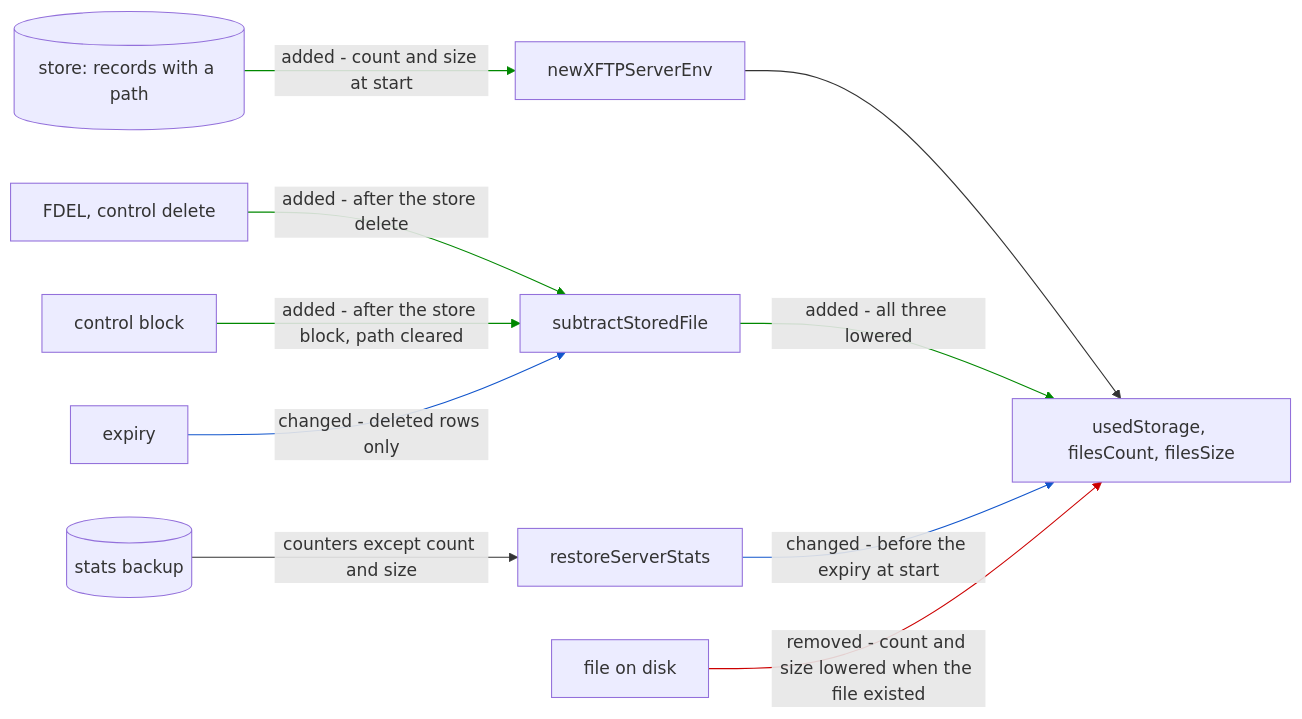
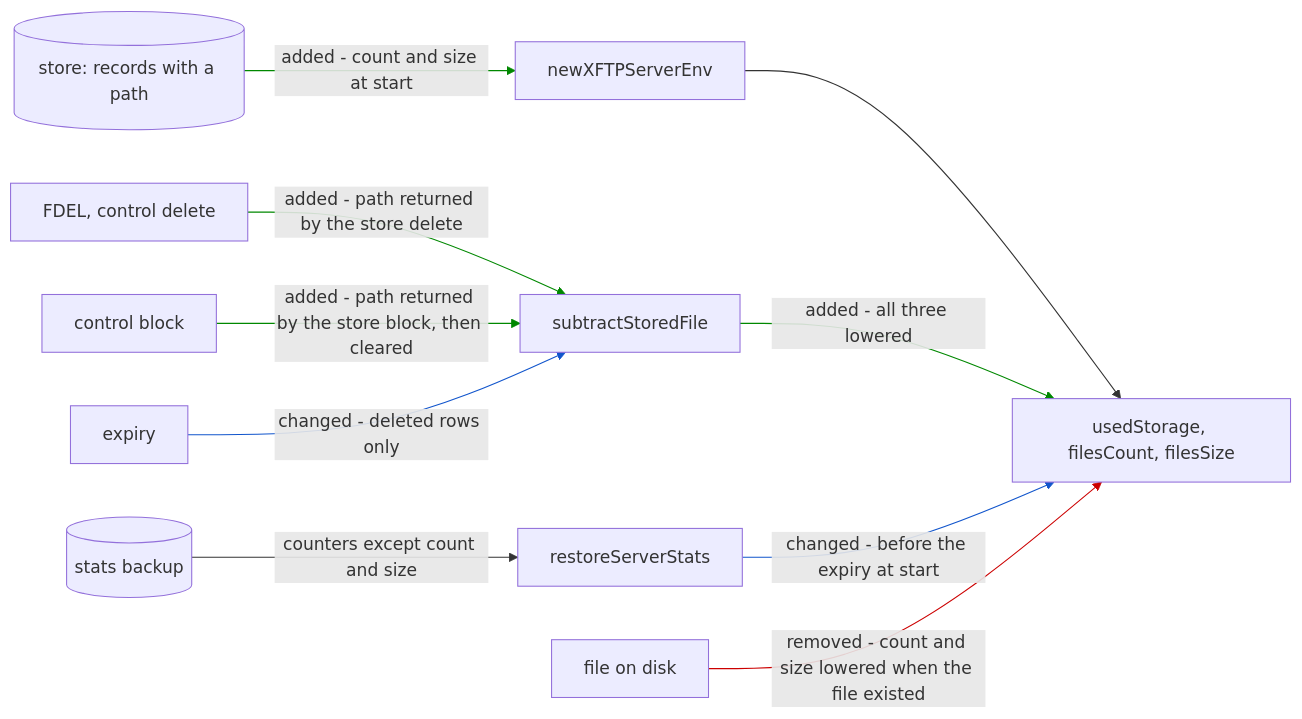
The ninth of 12 diagrams in plans/2026-11-19-xftp-stalled-connections.md (simplex-chat/simplexmq), drawn with Mermaid before and after one commit. The commit also changed other lines of this file, not shown here.

Commit message:
docs: plan the paths returned by file deletion and blocking

````diff
--- a/plans/2026-11-19-xftp-stalled-connections.md
+++ b/plans/2026-11-19-xftp-stalled-connections.md
@@ -456,25 +461,25 @@
 ```mermaid
 flowchart LR
     ST[(store: records with a path)]
     ENV[newXFTPServerEnv]
     G[usedStorage, filesCount, filesSize]
     SUB[subtractStoredFile]
     DEL[FDEL, control delete]
     BLK[control block]
     EXP[expiry]
     RS[restoreServerStats]
     BK[(stats backup)]
     DISK[file on disk]
     ST -- "added - count and size at start" --> ENV
     ENV --> G
-    DEL -- "added - after the store delete" --> SUB
-    BLK -- "added - after the store block, path cleared" --> SUB
+    DEL -- "added - path returned by the store delete" --> SUB
+    BLK -- "added - path returned by the store block, then cleared" --> SUB
     EXP -- "changed - deleted rows only" --> SUB
     SUB -- "added - all three lowered" --> G
     BK -- "counters except count and size" --> RS
     RS -- "changed - before the expiry at start" --> G
     DISK -- "removed - count and size lowered when the file existed" --> G
     linkStyle 0,2,3,5 stroke:#008800
     linkStyle 4,7 stroke:#1155cc
     linkStyle 8 stroke:#cc0000
 ```
````
